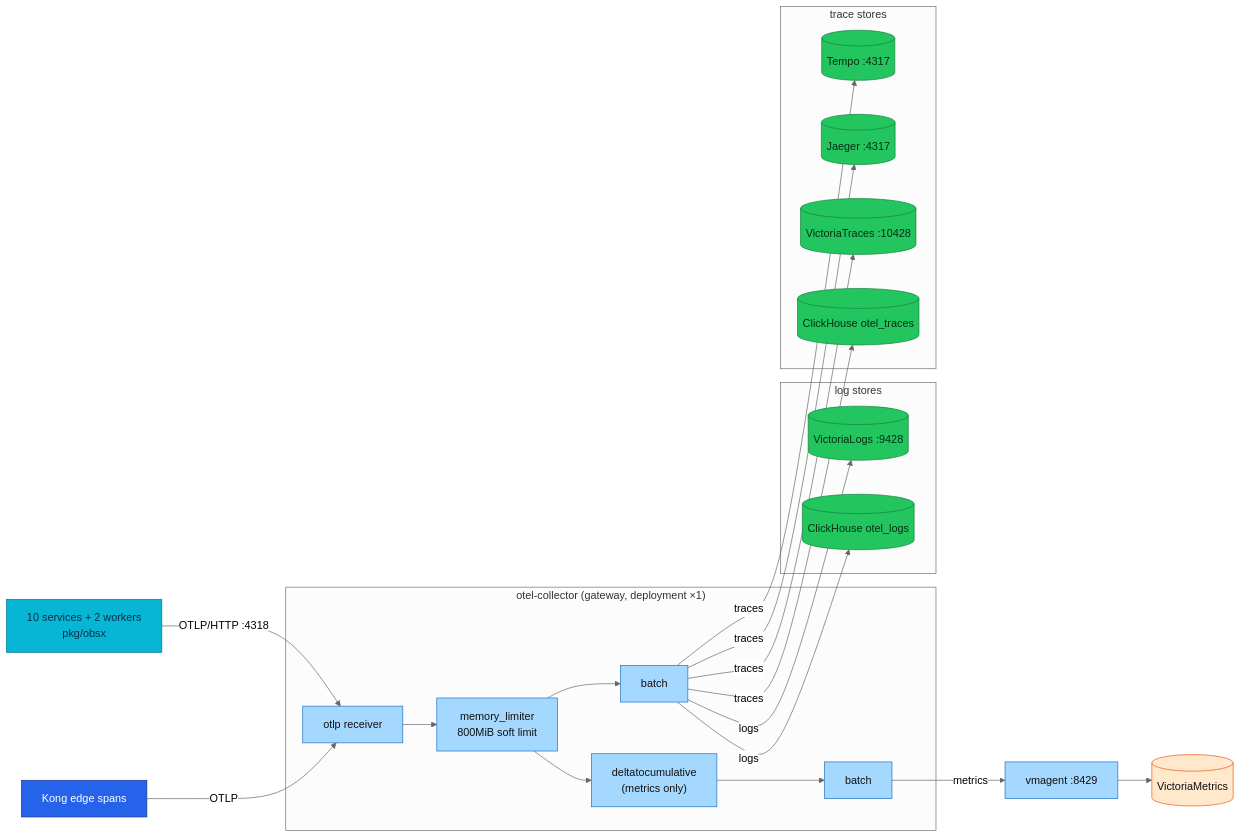
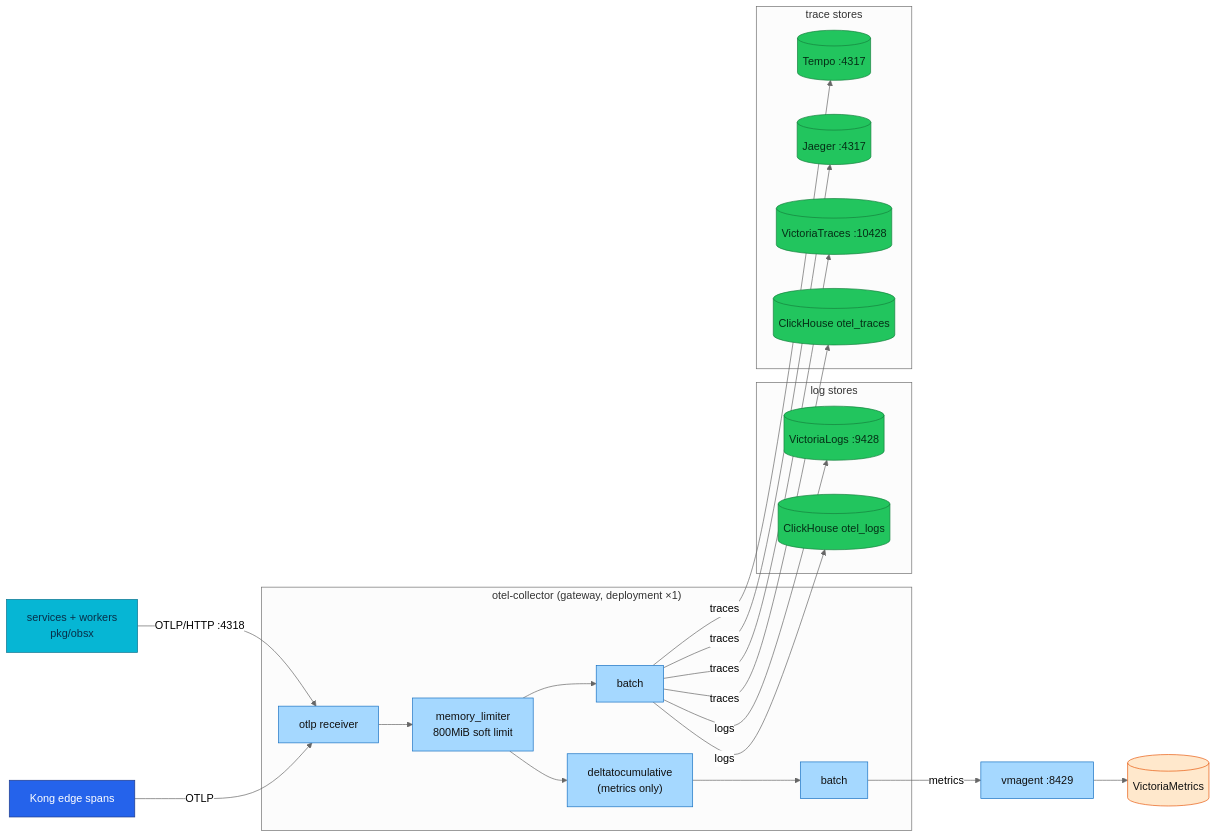
The diagram in docs/observability/opentelemetry/collector.md (duynhlab/homelab), drawn with Mermaid (neutral theme) before and after one commit. The commit also changed other lines of this file and 6 other files, not shown here.

````diff
--- a/docs/observability/opentelemetry/collector.md
+++ b/docs/observability/opentelemetry/collector.md
@@ -55,42 +55,42 @@
 ```mermaid
 flowchart LR
-    APPS["10 services + 2 workers<br/>pkg/obsx"] -->|"OTLP/HTTP :4318"| RCV
+    APPS["services + workers<br/>pkg/obsx"] -->|"OTLP/HTTP :4318"| RCV
     KONG["Kong edge spans"] -->|"OTLP"| RCV
 
     subgraph COLLECTOR["otel-collector (gateway, deployment ×1)"]
         RCV["otlp receiver"] --> ML["memory_limiter<br/>800MiB soft limit"]
         ML --> D2C["deltatocumulative<br/>(metrics only)"] --> BM["batch"]
         ML --> BT["batch"]
     end
 
     BM -->|"metrics"| VMA["vmagent :8429"] --> VM[("VictoriaMetrics")]
 
     subgraph LOGSTORES["log stores"]
         VL[("VictoriaLogs :9428")]
         CHL[("ClickHouse otel_logs")]
     end
     subgraph TRACESTORES["trace stores"]
         TEMPO[("Tempo :4317")]
         JAE[("Jaeger :4317")]
         VT[("VictoriaTraces :10428")]
         CHT[("ClickHouse otel_traces")]
     end
 
     BT -->|"logs"| VL
     BT -->|"logs"| CHL
     BT -->|"traces"| TEMPO
     BT -->|"traces"| JAE
     BT -->|"traces"| VT
     BT -->|"traces"| CHT
 
     classDef service fill:#06b6d4,color:#082f49,stroke:#0e7490;
     classDef edge fill:#2563eb,color:#fff,stroke:#1e3a8a;
     classDef collector fill:#a5d8ff,color:#111,stroke:#1971c2;
     classDef metric fill:#ffe8cc,color:#111,stroke:#e8590c;
     classDef data fill:#22c55e,color:#052e16,stroke:#15803d;
     class APPS service;
     class KONG edge;
     class RCV,ML,D2C,BM,BT,VMA collector;
     class VM metric;
     class VL,CHL,TEMPO,JAE,VT,CHT data;
 ```
````
